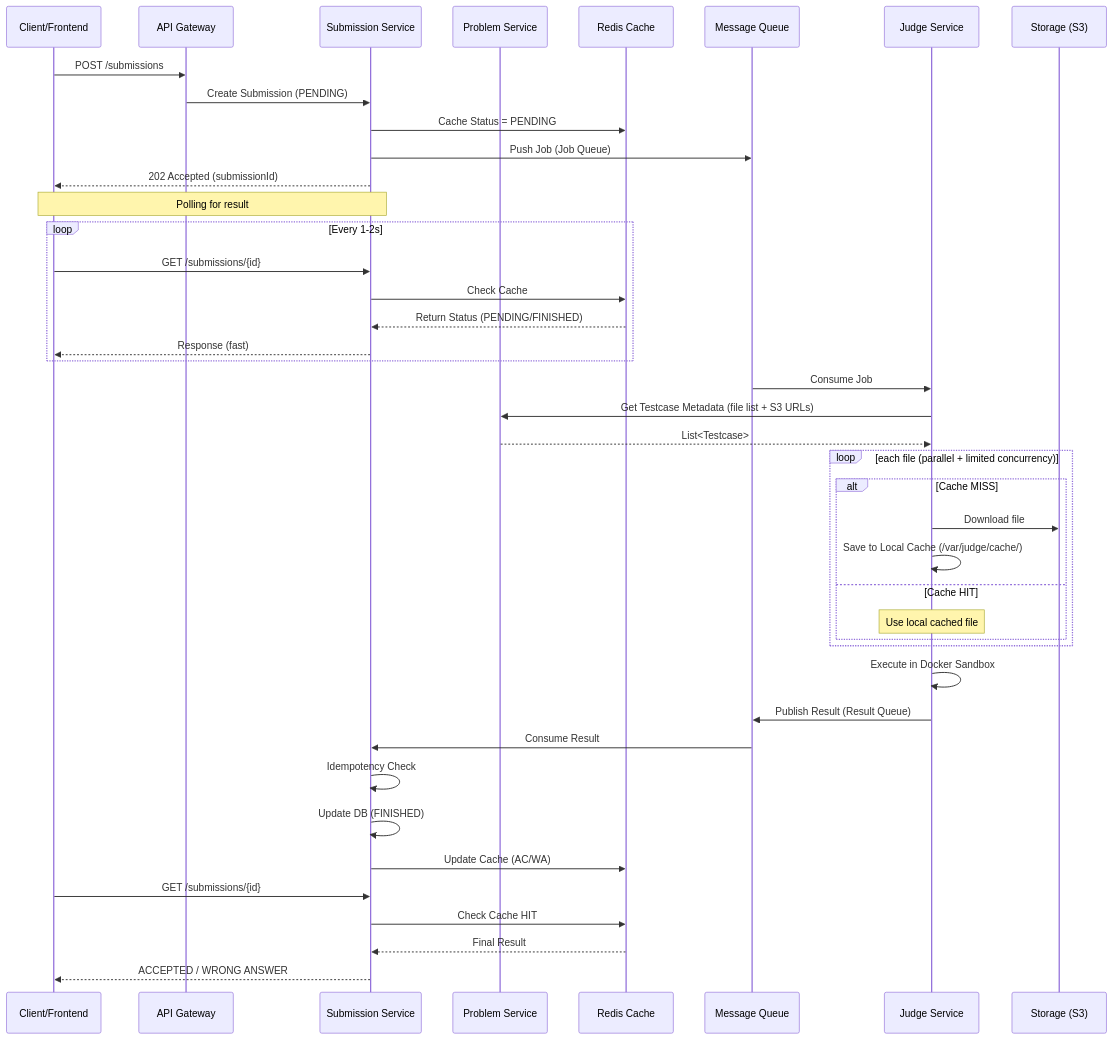
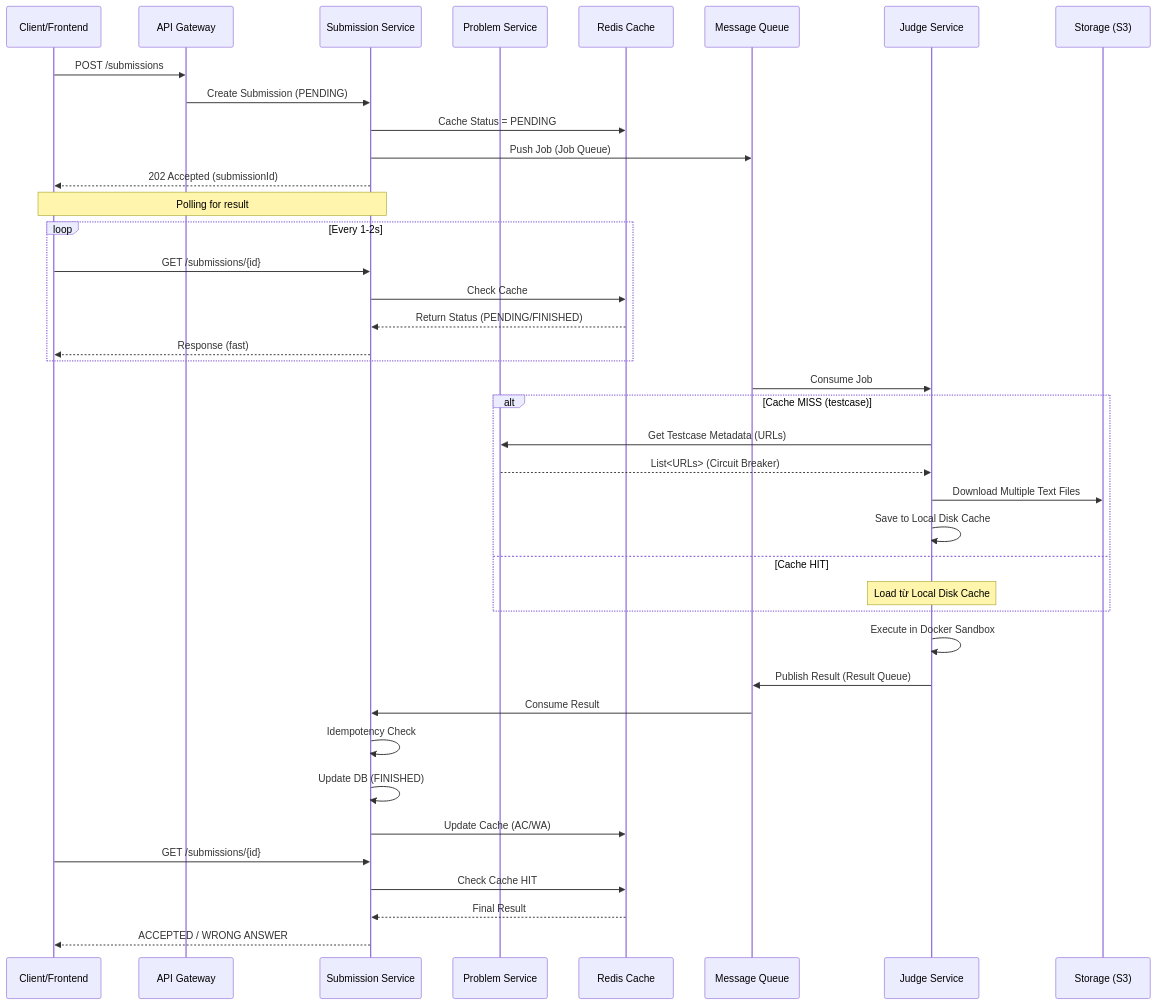
Before and after one commit to sson6926/Online-Judge-SOA: the fourth of 6 diagrams in docs/analysis-and-design.md, drawn with Mermaid. The commit also changed other lines of this file, not shown here.

First line of the commit message:
Docs: clarify testcase caching and downloads

````diff
--- a/docs/analysis-and-design.md
+++ b/docs/analysis-and-design.md
@@ -178,57 +179,54 @@
 ```mermaid
 sequenceDiagram
     participant User as Client/Frontend
     participant GW as API Gateway
     participant SS as Submission Service
     participant PS as Problem Service
     participant RD as Redis Cache
     participant MQ as Message Queue
     participant JS as Judge Service
     participant S3 as Storage (S3)
 
     %% Submit flow
     User->>GW: POST /submissions
     GW->>SS: Create Submission (PENDING)
     SS->>RD: Cache Status = PENDING
     SS->>MQ: Push Job (Job Queue)
     SS-->>User: 202 Accepted (submissionId)
 
     %% Polling flow
     Note over User, SS: Polling for result
     loop Every 1-2s
         User->>SS: GET /submissions/{id}
         SS->>RD: Check Cache
         RD-->>SS: Return Status (PENDING/FINISHED)
         SS-->>User: Response (fast)
     end
 
     %% Judge processing
     MQ->>JS: Consume Job
 
-    JS->>PS: Get Testcase Metadata (file list + S3 URLs)
-    PS-->>JS: List<Testcase>
-
-    loop each file (parallel + limited concurrency)
-        alt Cache MISS
-            JS->>S3: Download file
-            JS->>JS: Save to Local Cache (/var/judge/cache/)
-        else Cache HIT
-            Note over JS: Use local cached file
-        end
+    alt Cache MISS (testcase)
+        JS->>PS: Get Testcase Metadata (URLs)
+        PS-->>JS: List<URLs> (Circuit Breaker)
+        JS->>S3: Download Multiple Text Files
+        JS->>JS: Save to Local Disk Cache
+    else Cache HIT
+        Note over JS: Load từ Local Disk Cache
     end
 
     JS->>JS: Execute in Docker Sandbox
     JS->>MQ: Publish Result (Result Queue)
 
     %% Result handling
     MQ->>SS: Consume Result
     SS->>SS: Idempotency Check
     SS->>SS: Update DB (FINISHED)
     SS->>RD: Update Cache (AC/WA)
 
     %% Final polling
     User->>SS: GET /submissions/{id}
     SS->>RD: Check Cache HIT
     RD-->>SS: Final Result
     SS-->>User: ACCEPTED / WRONG ANSWER
 ```
````
